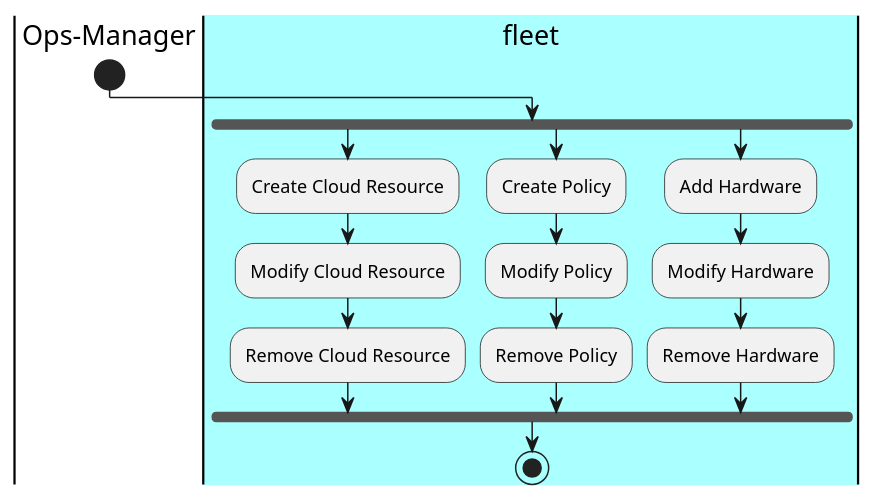
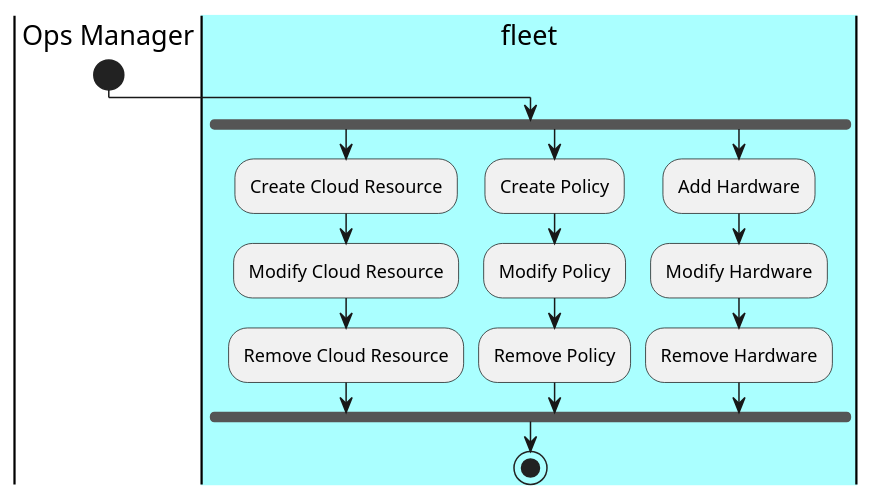
The diagram in docs/Actors/Ops-Manager/Workflow.puml (CAADE/fleet), drawn with PlantUML before and after one commit. The commit also changed 8 other files, not shown here.

```diff
--- a/docs/Actors/Ops-Manager/Workflow.puml
+++ b/docs/Actors/Ops-Manager/Workflow.puml
@@ -1,19 +1,19 @@
 @startuml
-|Ops-Manager|
+|Ops Manager|
 start
 |#aaffff|fleet|
 fork
 :Create Cloud Resource;
 :Modify Cloud Resource;
 :Remove Cloud Resource;
 fork again
 :Create Policy;
 :Modify Policy;
 :Remove Policy;
 fork again
 :Add Hardware;
 :Modify Hardware;
 :Remove Hardware;
 fork end
 stop
 @enduml
```
